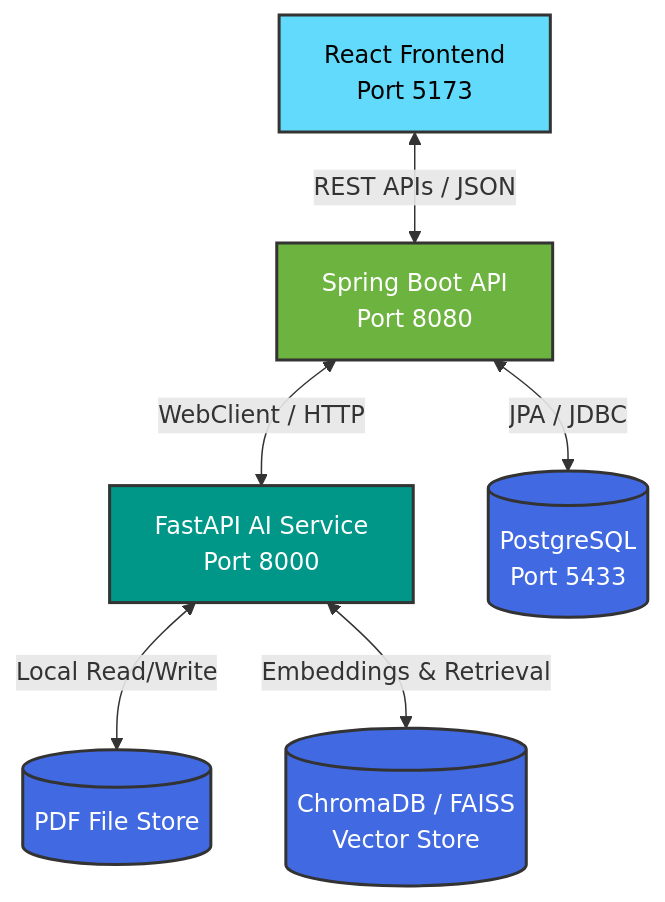
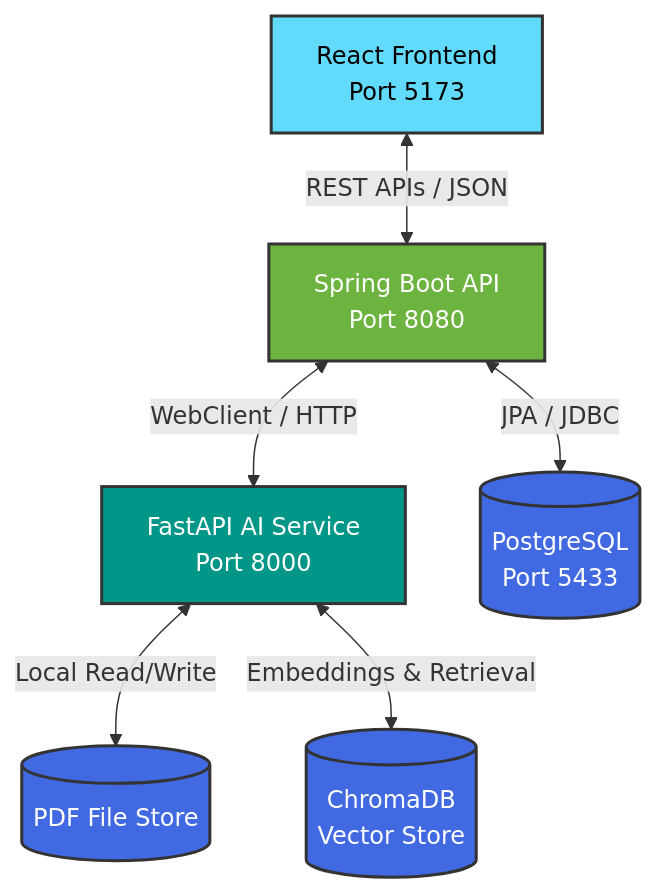
The first of 3 diagrams in README.md (jatin855/ResearchBuddy-AI), drawn with Mermaid before and after one commit. The commit also changed other lines of this file and 13 other files, not shown here.

````diff
--- a/README.md
+++ b/README.md
@@ -17,23 +17,23 @@
 ```mermaid
 graph TD
     %% Styling
     classDef client fill:#61DAFB,stroke:#333,stroke-width:2px,color:black;
     classDef backend fill:#6DB33F,stroke:#333,stroke-width:2px,color:white;
     classDef aiservice fill:#009688,stroke:#333,stroke-width:2px,color:white;
     classDef storage fill:#4169E1,stroke:#333,stroke-width:2px,color:white;
 
     %% Nodes
     React[React Frontend <br> Port 5173]:::client
     SpringBoot[Spring Boot API <br> Port 8080]:::backend
     FastAPI[FastAPI AI Service <br> Port 8000]:::aiservice
     Postgres[(PostgreSQL <br> Port 5433)]:::storage
-    Chroma[(ChromaDB / FAISS <br> Vector Store)]:::storage
+    Chroma[(ChromaDB <br> Vector Store)]:::storage
     FileStore[(PDF File Store)]:::storage
 
     %% Connections
     React <-->|REST APIs / JSON| SpringBoot
     SpringBoot <-->|JPA / JDBC| Postgres
     SpringBoot <-->|WebClient / HTTP| FastAPI
     FastAPI <-->|Local Read/Write| FileStore
     FastAPI <-->|Embeddings & Retrieval| Chroma
 ```
````
